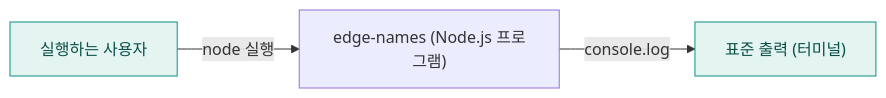
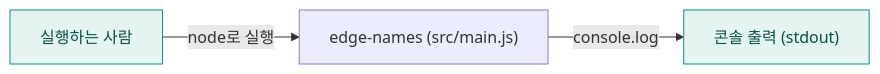
The first of 3 diagrams in examples/edge-names/docs/codemap/architecture.md (hxxnn/codemap), drawn with Mermaid before and after one commit. The commit also changed other lines of this file and 45 other files, not shown here.

````diff
--- a/examples/edge-names/docs/codemap/architecture.md
+++ b/examples/edge-names/docs/codemap/architecture.md
@@ -16,9 +16,9 @@
 ```mermaid
 flowchart LR
-  user["실행하는 사용자"]:::external
-  sys["edge-names (Node.js 프로그램)"]
-  out["표준 출력 (터미널)"]:::external
-  user -->|"node 실행"| sys
-  sys -->|"console.log"| out
+  u["실행하는 사람"]:::external
+  s["edge-names (src/main.js)"]
+  o["콘솔 출력 (stdout)"]:::external
+  u -->|"node로 실행"| s
+  s -->|"console.log"| o
   classDef external fill:#E3F4F1,stroke:#0E8F83,color:#0B4F49
 ```
````
